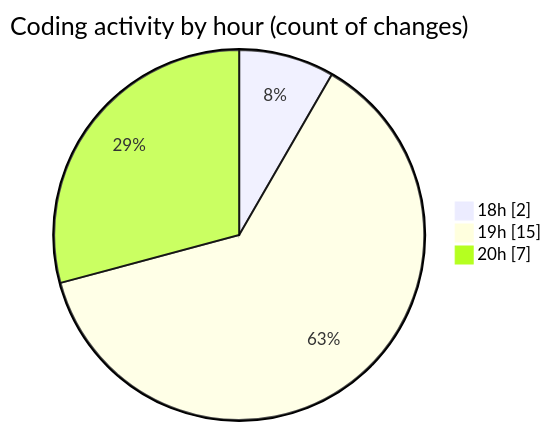
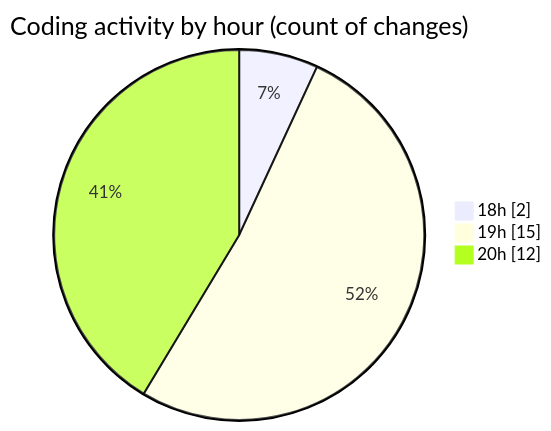
The second of 2 diagrams in 2025-02-27/myws__workspace_/README.md (MatusMokan/code-tracking), drawn with Mermaid before and after one commit. The commit also changed other lines of this file and 1 other file, not shown here.

````diff
--- a/2025-02-27/myws__workspace_/README.md
+++ b/2025-02-27/myws__workspace_/README.md
@@ -28,7 +29,7 @@
 ```mermaid
 pie showData
 title Coding activity by hour (count of changes)
 "18h" : 2
 "19h" : 15
-"20h" : 7
+"20h" : 12
 ```
````
